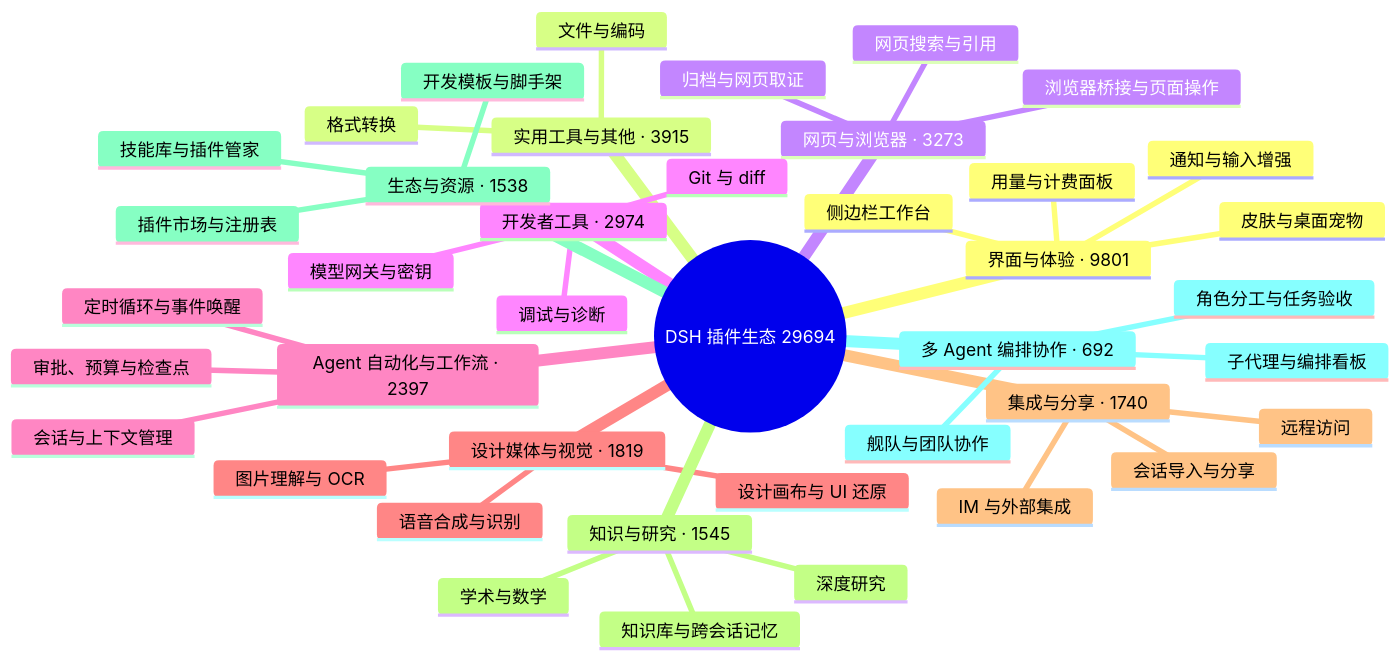
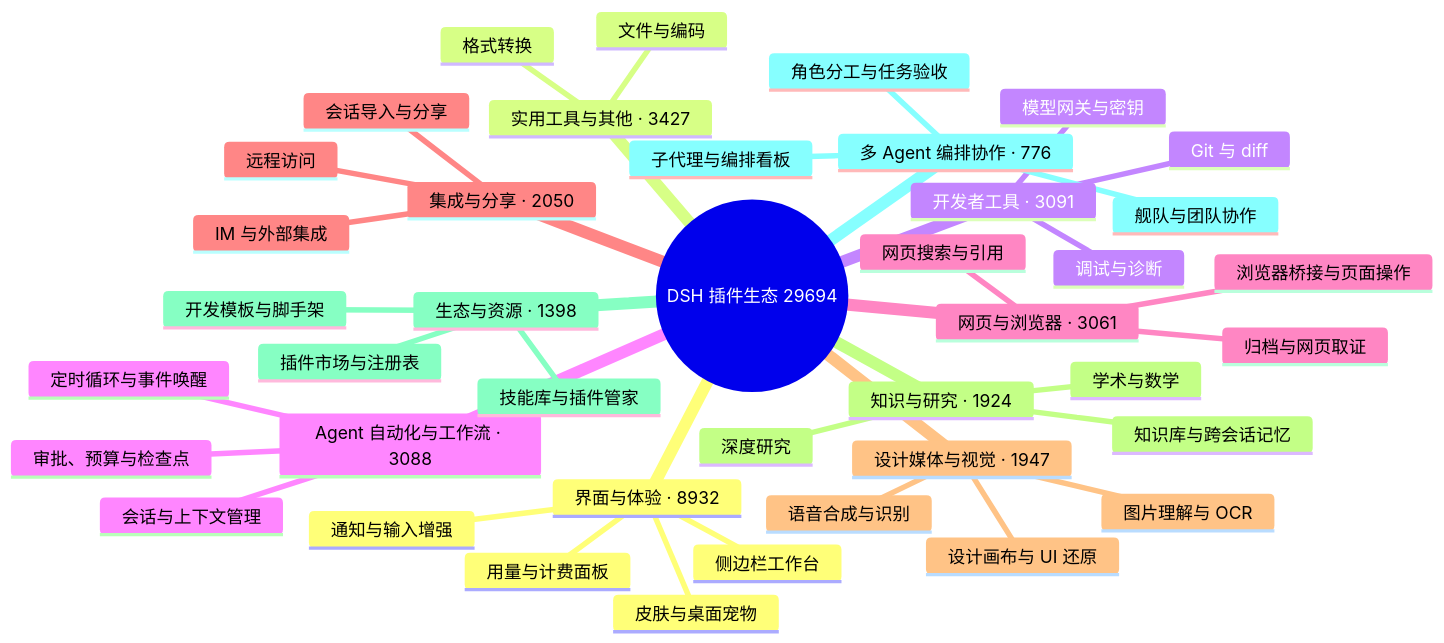
Before and after one commit to bruc3van/awesome-dsh-plugin: the diagram in README.md, drawn with Mermaid. The commit also changed 20 other files, not shown here.

````diff
--- a/README.md
+++ b/README.md
@@ -40,44 +40,44 @@
 ```mermaid
 mindmap
   root((DSH 插件生态 29694))
-    界面与体验 · 9801
+    界面与体验 · 8932
       用量与计费面板
       侧边栏工作台
       皮肤与桌面宠物
       通知与输入增强
-    实用工具与其他 · 3915
+    实用工具与其他 · 3427
       文件与编码
       格式转换
-    网页与浏览器 · 3273
+    开发者工具 · 3091
+      Git 与 diff
+      模型网关与密钥
+      调试与诊断
+    Agent 自动化与工作流 · 3088
+      会话与上下文管理
+      定时循环与事件唤醒
+      审批、预算与检查点
+    网页与浏览器 · 3061
       浏览器桥接与页面操作
       网页搜索与引用
       归档与网页取证
-    开发者工具 · 2974
-      Git 与 diff
-      模型网关与密钥
-      调试与诊断
-    Agent 自动化与工作流 · 2397
-      会话与上下文管理
-      定时循环与事件唤醒
-      审批、预算与检查点
-    设计媒体与视觉 · 1819
+    集成与分享 · 2050
+      会话导入与分享
+      远程访问
+      IM 与外部集成
+    设计媒体与视觉 · 1947
       图片理解与 OCR
       设计画布与 UI 还原
       语音合成与识别
-    集成与分享 · 1740
-      会话导入与分享
-      远程访问
-      IM 与外部集成
-    知识与研究 · 1545
+    知识与研究 · 1924
       知识库与跨会话记忆
       深度研究
       学术与数学
-    生态与资源 · 1538
+    生态与资源 · 1398
       插件市场与注册表
       技能库与插件管家
       开发模板与脚手架
-    多 Agent 编排协作 · 692
+    多 Agent 编排协作 · 776
       子代理与编排看板
       舰队与团队协作
       角色分工与任务验收
 ```
````
